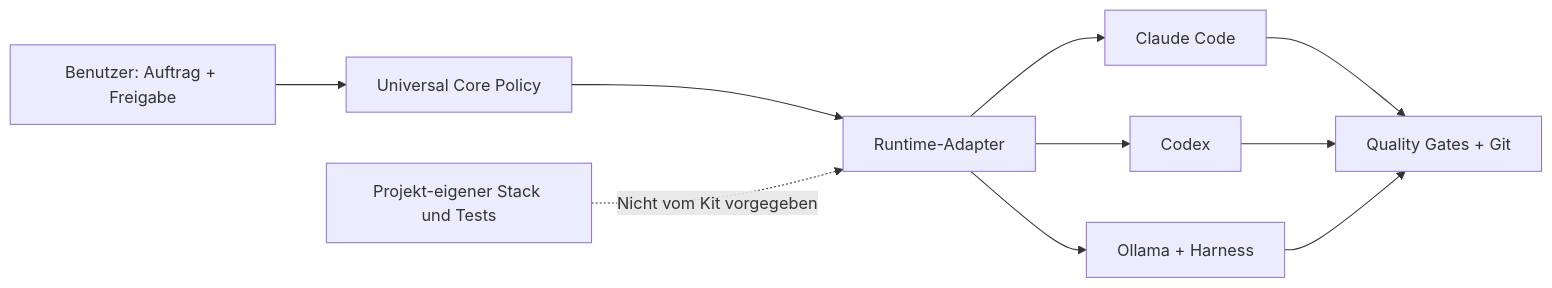
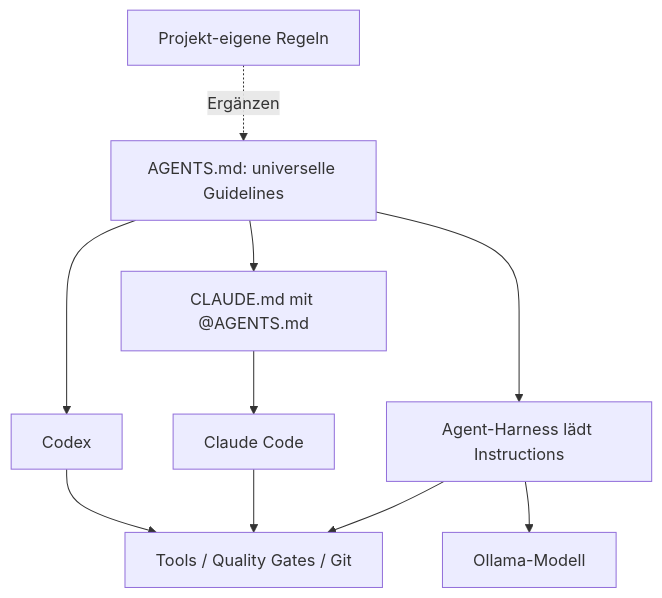
The diagram in docs/INDEX.md (pancoda-software/portable-agentic-policy-kit), drawn with Mermaid before and after one commit. The commit also changed other lines of this file and 35 other files, not shown here.

First line of the commit message:
refactor(policy)!: simplify to markdown-only guidelines v2.0.0

````diff
--- a/docs/INDEX.md
+++ b/docs/INDEX.md
@@ -17,12 +17,12 @@
 ```mermaid
-flowchart LR
-    U["Benutzer: Auftrag + Freigabe"] --> CORE["Universal Core Policy"]
-    CORE --> RT["Runtime-Adapter"]
-    RT --> A["Claude Code"]
-    RT --> B["Codex"]
-    RT --> C["Ollama + Harness"]
-    PROJECT["Projekt-eigener Stack und Tests"] -. "Nicht vom Kit vorgegeben" .-> RT
-    A --> G["Quality Gates + Git"]
-    B --> G
-    C --> G
+flowchart TD
+    RULES["AGENTS.md: universelle Guidelines"] --> C["Codex"]
+    RULES --> IMPORT["CLAUDE.md mit @AGENTS.md"]
+    IMPORT --> CLAUDE["Claude Code"]
+    RULES --> H["Agent-Harness lädt Instructions"]
+    H --> O["Ollama-Modell"]
+    P["Projekt-eigene Regeln"] -. "Ergänzen" .-> RULES
+    C --> G["Tools / Quality Gates / Git"]
+    CLAUDE --> G
+    H --> G
 ```
````
